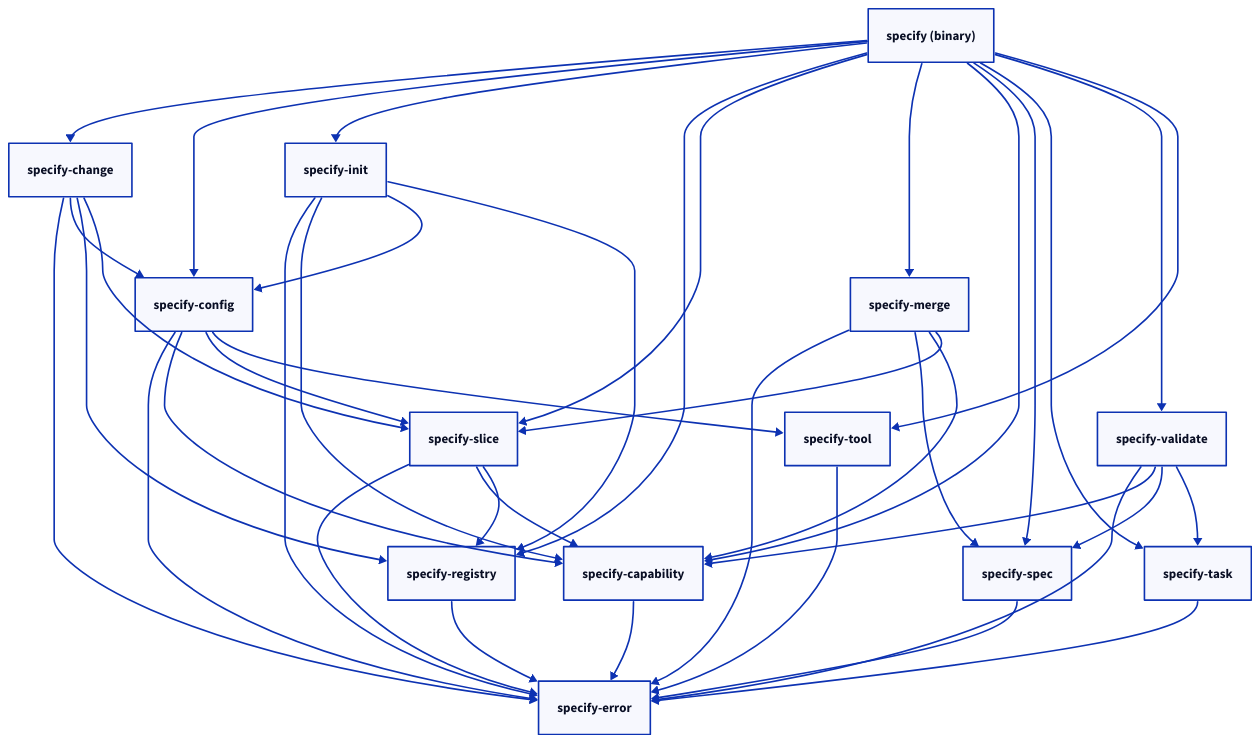
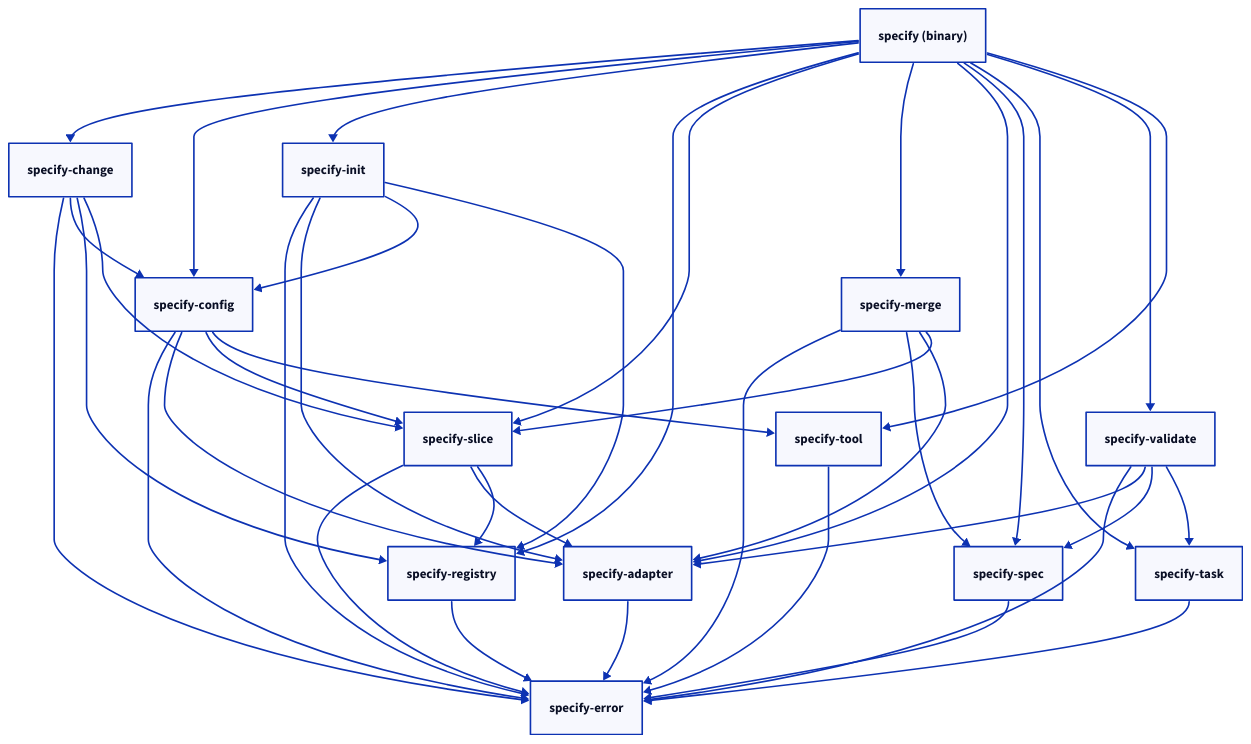
The diagram in docs/contributing/cli-architecture.md (augentic/anvil), drawn with D2 before and after one commit. The commit also changed other lines of this file and 425 other files, not shown here.

````diff
--- a/docs/contributing/cli-architecture.md
+++ b/docs/contributing/cli-architecture.md
@@ -26,60 +26,60 @@
 ```d2
 direction: down
 
 specify: "specify (binary)" {
   shape: rectangle
 }
 change: specify-change
 config: specify-config
 init: specify-init
 registry: specify-registry
 slice: specify-slice
 error: specify-error
 merge: specify-merge
-capability: specify-capability
+adapter: specify-adapter
 spec: specify-spec
 task: specify-task
 validate: specify-validate
 tool: specify-tool
 
 specify -> change
 specify -> config
 specify -> init
 specify -> registry
 specify -> slice
 specify -> merge
-specify -> capability
+specify -> adapter
 specify -> spec
 specify -> task
 specify -> validate
 specify -> tool
 
 change -> error
 change -> config
 change -> registry
 change -> slice
 config -> error
-config -> capability
+config -> adapter
 config -> slice
 config -> tool
 init -> error
-init -> capability
+init -> adapter
 init -> config
 init -> registry
 registry -> error
 slice -> error
-slice -> capability
+slice -> adapter
 slice -> registry
 merge -> error
 merge -> spec
-merge -> capability
+merge -> adapter
 merge -> slice
 validate -> error
-validate -> capability
+validate -> adapter
 validate -> spec
 validate -> task
 tool -> error
 spec -> error
 task -> error
-capability -> error
+adapter -> error
 ```
````
